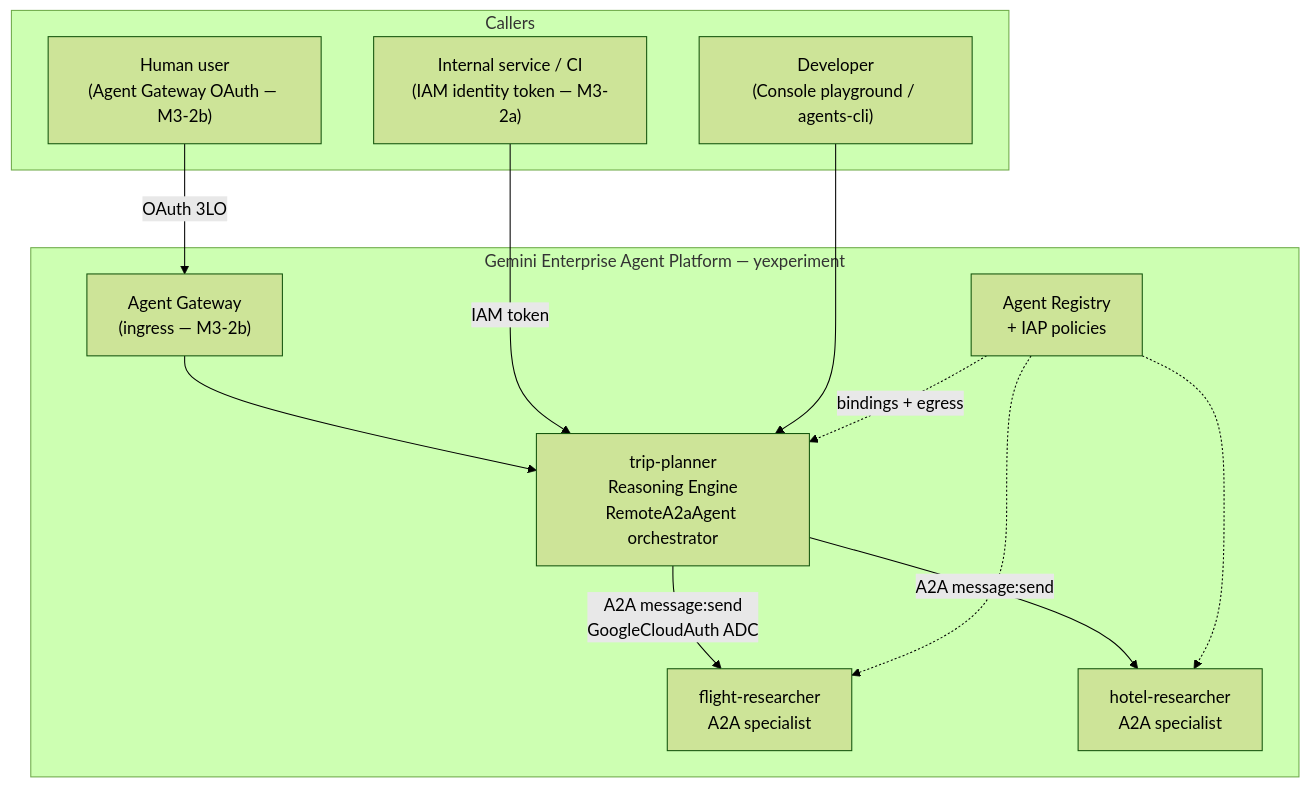
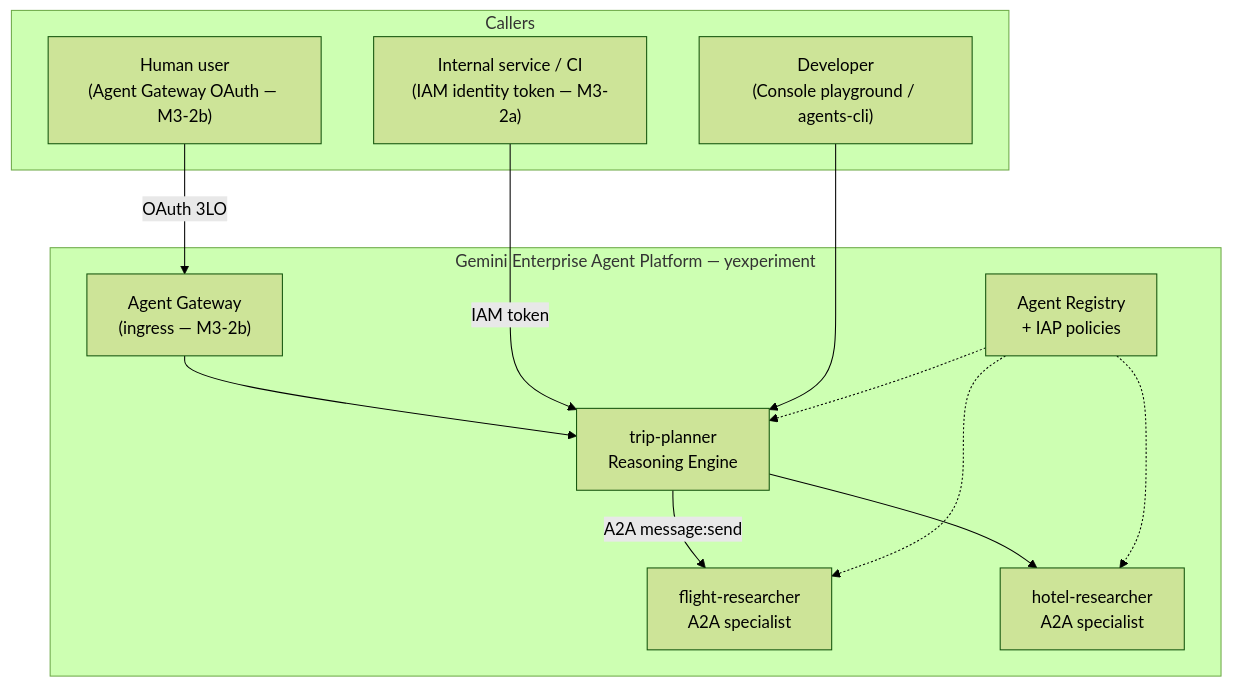
One commit to yu-iskw/agent-cli-demo changed the third of 4 diagrams in docs/guides/00-overview.md. Above: the diagram before and after it, drawn with Mermaid (forest theme). The commit also changed other lines of this file and 5 other files, not shown here.

````diff
--- a/docs/guides/00-overview.md
+++ b/docs/guides/00-overview.md
@@ -19,26 +87,26 @@
 ```mermaid
 flowchart TB
   subgraph Callers["Callers"]
     Human["Human user<br/>(Agent Gateway OAuth — M3-2b)"]
     Service["Internal service / CI<br/>(IAM identity token — M3-2a)"]
     Dev["Developer<br/>(Console playground / agents-cli)"]
   end
 
   subgraph Platform["Gemini Enterprise Agent Platform — yexperiment"]
     GW["Agent Gateway<br/>(ingress — M3-2b)"]
-    TP["trip-planner<br/>Reasoning Engine<br/>RemoteA2aAgent orchestrator"]
+    TP["trip-planner<br/>Reasoning Engine"]
     FR["flight-researcher<br/>A2A specialist"]
     HR["hotel-researcher<br/>A2A specialist"]
     REG["Agent Registry<br/>+ IAP policies"]
   end
 
   Human -->|"OAuth 3LO"| GW
   GW --> TP
   Service -->|"IAM token"| TP
   Dev --> TP
-  TP -->|"A2A message:send<br/>GoogleCloudAuth ADC"| FR
-  TP -->|"A2A message:send"| HR
-  REG -.->|"bindings + egress"| TP
+  TP -->|"A2A message:send"| FR
+  TP --> HR
+  REG -.-> TP
   REG -.-> FR
   REG -.-> HR
 ```
````
